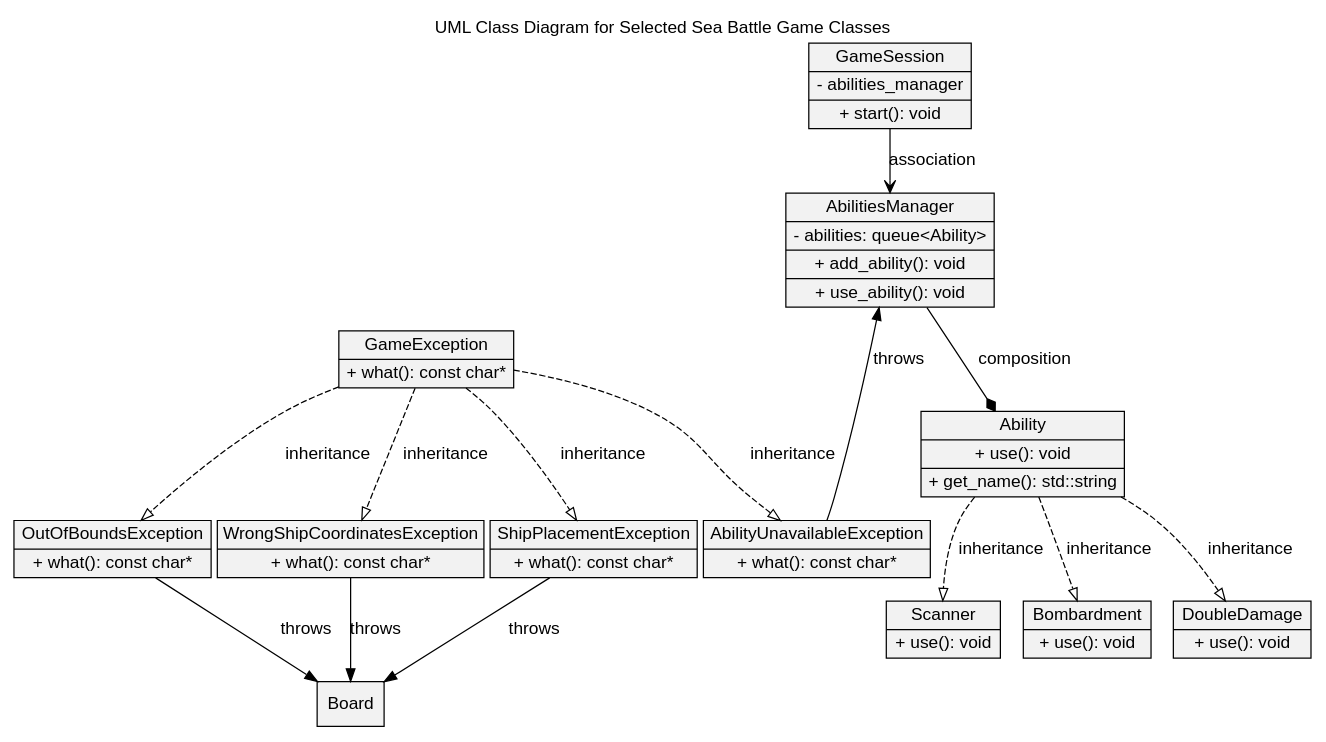
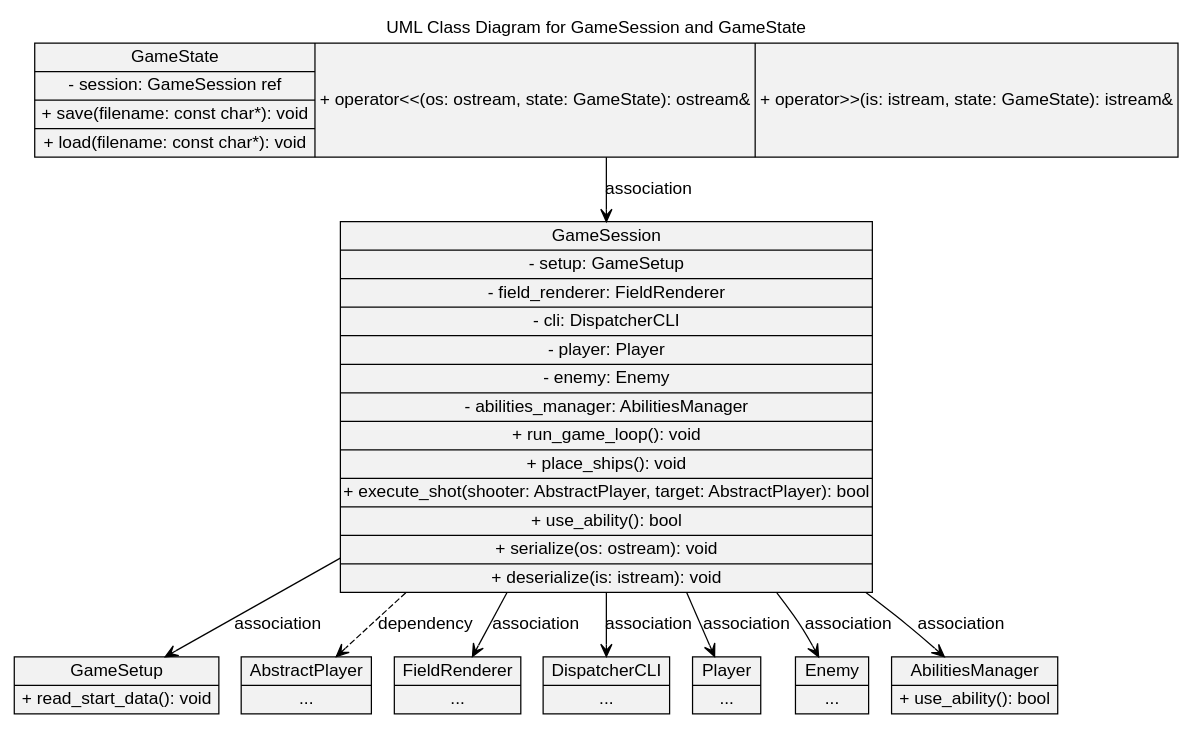
Before and after one commit to dqym/sea-battle: the diagram in sea_battle/uml.dot, drawn with Graphviz. The commit also changed 10 other files, not shown here.

```diff
--- a/sea_battle/uml.dot
+++ b/sea_battle/uml.dot
@@ -1,49 +1,37 @@
 digraph UML_Class_diagram {
     graph [
-    label="UML Class Diagram for Selected Sea Battle Game Classes"
+    label="UML Class Diagram for GameSession and GameState"
     labelloc="t"
     fontname="Helvetica,Arial,sans-serif"
     rankdir=UD
     ]
     node [
     fontname="Helvetica,Arial,sans-serif"
     shape=record
     style=filled
     fillcolor=gray95
     ]
     edge [fontname="Helvetica,Arial,sans-serif"]
 
-    Ability [label="{Ability | + use(): void | + get_name(): std::string}"]
-    DoubleDamage [label="{DoubleDamage | + use(): void}"]
-    Scanner [label="{Scanner | + use(): void}"]
-    Bombardment [label="{Bombardment | + use(): void}"]
+    GameSetup [label="{GameSetup | + read_start_data(): void}"]
+    AbstractPlayer [label="{AbstractPlayer | ...}"]
+    FieldRenderer [label="{FieldRenderer | ...}"]
+    DispatcherCLI [label="{DispatcherCLI | ...}"]
+    Player [label="{Player | ...}"]
+    Enemy [label="{Enemy | ...}"]
+    AbilitiesManager [label="{AbilitiesManager | + use_ability(): bool}"]
 
-    AbilitiesManager [label="{AbilitiesManager | - abilities: queue\<Ability\> | + add_ability(): void | + use_ability(): void}"]
+    GameSession [label="{GameSession | - setup: GameSetup | - field_renderer: FieldRenderer | - cli: DispatcherCLI | - player: Player | - enemy: Enemy | - abilities_manager: AbilitiesManager | + run_game_loop(): void | + place_ships(): void | + execute_shot(shooter: AbstractPlayer, target: AbstractPlayer): bool | + use_ability(): bool | + serialize(os: ostream): void | + deserialize(is: istream): void}"]
 
-    GameException [label="{GameException | + what(): const char*}"]
-    AbilityUnavailableException [label="{AbilityUnavailableException | + what(): const char*}"]
-    ShipPlacementException [label="{ShipPlacementException | + what(): const char*}"]
-    OutOfBoundsException [label="{OutOfBoundsException | + what(): const char*}"]
-    WrongShipCoordinatesException [label="{WrongShipCoordinatesException | + what(): const char*}"]
+    GameState [label="{GameState | - session: GameSession ref | + save(filename: const char*): void | + load(filename: const char*): void} | + operator\<\<(os: ostream, state: GameState): ostream& | + operator\>\>(is: istream, state: GameState): istream&}"]
 
-    GameSession [label="{GameSession | - abilities_manager | + start(): void}"]
+    GameSession -> GameSetup [label="association" arrowhead=open]
+    GameSession -> FieldRenderer [label="association" arrowhead=open]
+    GameSession -> DispatcherCLI [label="association" arrowhead=open]
+    GameSession -> Player [label="association" arrowhead=open]
+    GameSession -> Enemy [label="association" arrowhead=open]
+    GameSession -> AbilitiesManager [label="association" arrowhead=open]
+    GameSession -> AbstractPlayer [label="dependency" arrowhead=open style=dashed]
 
-    {rank = sink; Board; }
-
-    Ability -> DoubleDamage [label="inheritance" arrowhead=onormal style=dashed]
-    Ability -> Scanner [label="inheritance" arrowhead=onormal style=dashed]
-    Ability -> Bombardment [label="inheritance" arrowhead=onormal style=dashed]
-
-    AbilitiesManager -> Ability [label="composition" arrowhead=diamond]
-
-    GameException -> AbilityUnavailableException [label="inheritance" arrowhead=onormal style=dashed]
-    GameException -> ShipPlacementException [label="inheritance" arrowhead=onormal style=dashed]
-    GameException -> OutOfBoundsException [label="inheritance" arrowhead=onormal style=dashed]
-    GameException -> WrongShipCoordinatesException [label="inheritance" arrowhead=onormal style=dashed]
-
-    GameSession -> AbilitiesManager [label="association" arrowhead=open]
-    AbilitiesManager -> AbilityUnavailableException [label="throws" dir=back arrowtail=normal]
-    Board -> ShipPlacementException [label="throws" dir=back arrowtail=normal]
-    Board -> OutOfBoundsException [label="throws" dir=back arrowtail=normal]
-    Board -> WrongShipCoordinatesException [label="throws" dir=back arrowtail=normal]
+    GameState -> GameSession [label="association" arrowhead=open]
 }
```
